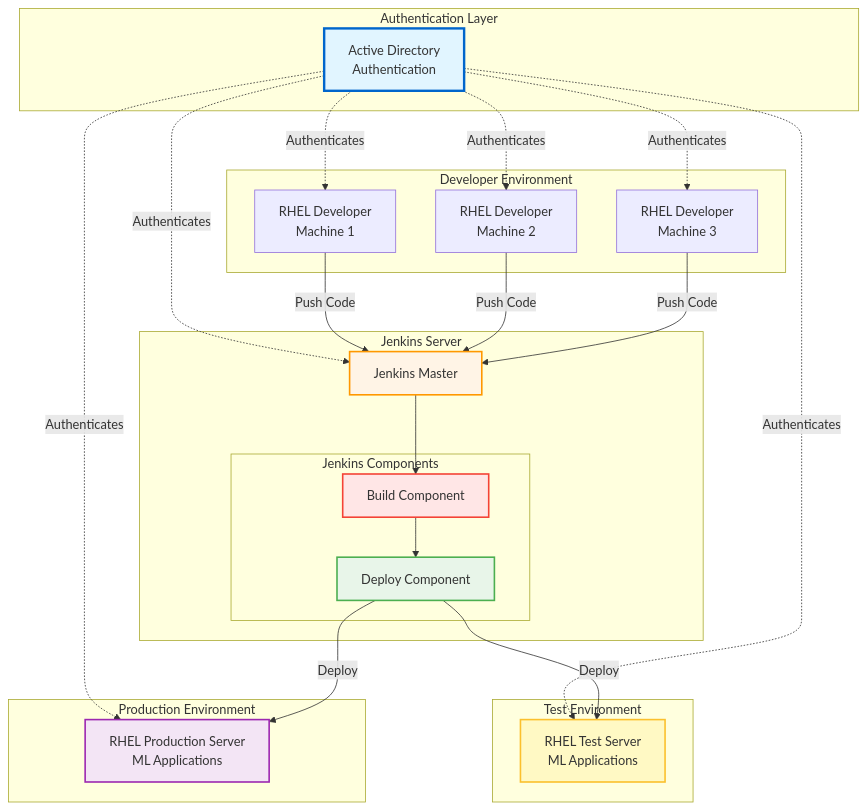
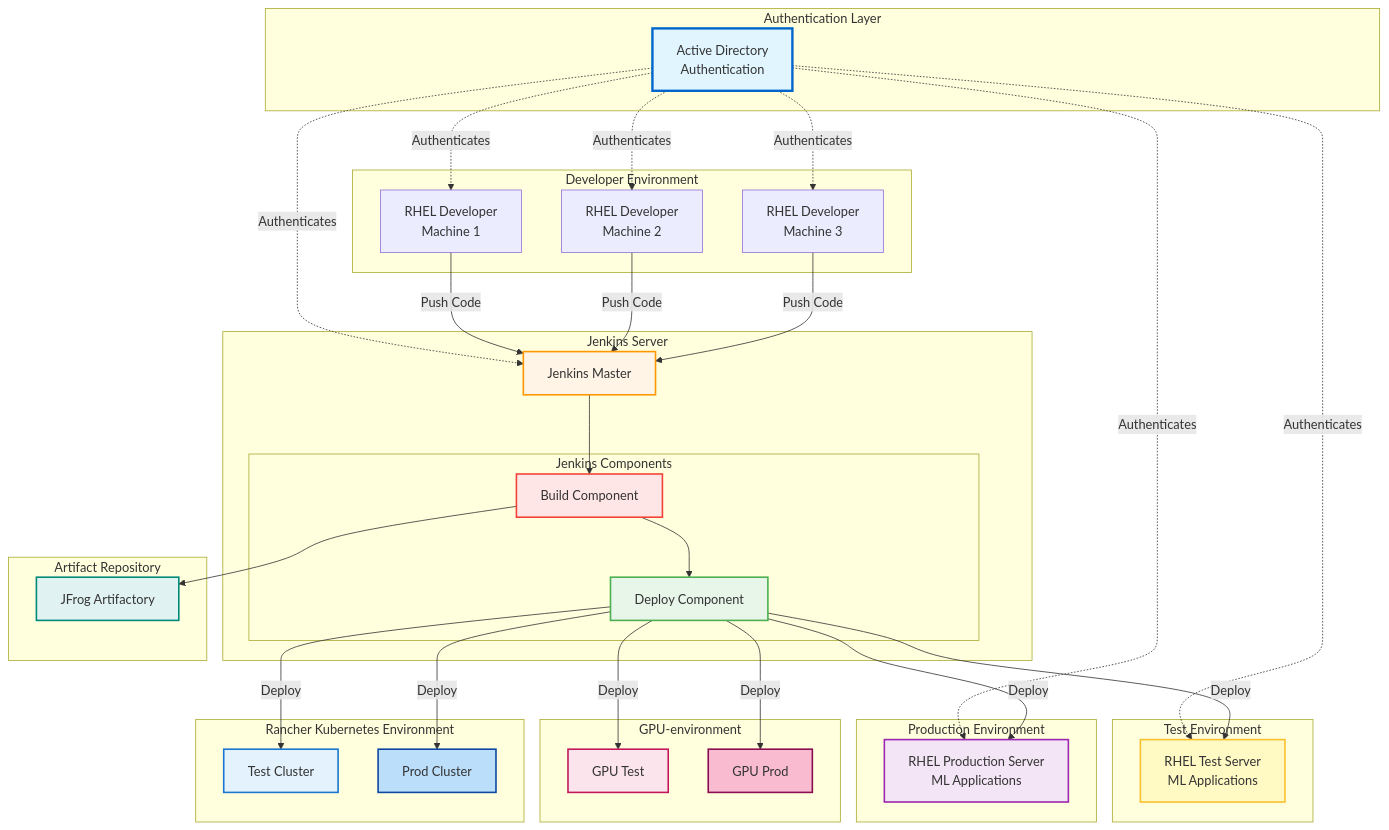
The first of 4 diagrams in README.md (tv2-mle/mlops-arkitektur), drawn with Mermaid before and after one commit. The commit also changed other lines of this file, not shown here.

Commit message:
Add JFrog Artifactory, GPU-environment, and Rancher Kubernetes to mermaid diagrams

````diff
--- a/README.md
+++ b/README.md
@@ -9,52 +9,76 @@
 ```mermaid
 graph TB
     subgraph "Authentication Layer"
         AD[Active Directory<br/>Authentication]
     end
     
     subgraph "Developer Environment"
         DEV1[RHEL Developer<br/>Machine 1]
         DEV2[RHEL Developer<br/>Machine 2]
         DEV3[RHEL Developer<br/>Machine 3]
     end
     
     subgraph "Jenkins Server"
         JENKINS[Jenkins Master]
         subgraph "Jenkins Components"
             BUILD[Build Component]
             DEPLOY[Deploy Component]
         end
     end
     
+    subgraph "Artifact Repository"
+        JFROG[JFrog Artifactory]
+    end
+    
     subgraph "Test Environment"
         TEST[RHEL Test Server<br/>ML Applications]
     end
     
     subgraph "Production Environment"
         PROD[RHEL Production Server<br/>ML Applications]
+    end
+    
+    subgraph "GPU-environment"
+        GPU_TEST[GPU Test]
+        GPU_PROD[GPU Prod]
+    end
+    
+    subgraph "Rancher Kubernetes Environment"
+        RANCHER_TEST[Test Cluster]
+        RANCHER_PROD[Prod Cluster]
     end
     
     AD -.->|Authenticates| DEV1
     AD -.->|Authenticates| DEV2
     AD -.->|Authenticates| DEV3
     AD -.->|Authenticates| JENKINS
     AD -.->|Authenticates| TEST
     AD -.->|Authenticates| PROD
     
     DEV1 -->|Push Code| JENKINS
     DEV2 -->|Push Code| JENKINS
     DEV3 -->|Push Code| JENKINS
     
     JENKINS --> BUILD
+    BUILD --> JFROG
     BUILD --> DEPLOY
     
     DEPLOY -->|Deploy| TEST
     DEPLOY -->|Deploy| PROD
+    DEPLOY -->|Deploy| GPU_TEST
+    DEPLOY -->|Deploy| GPU_PROD
+    DEPLOY -->|Deploy| RANCHER_TEST
+    DEPLOY -->|Deploy| RANCHER_PROD
     
     style AD fill:#e1f5ff,stroke:#0066cc,stroke-width:3px
     style JENKINS fill:#fff4e6,stroke:#ff9800,stroke-width:2px
     style BUILD fill:#ffe6e6,stroke:#f44336,stroke-width:2px
     style DEPLOY fill:#e8f5e9,stroke:#4caf50,stroke-width:2px
+    style JFROG fill:#e0f2f1,stroke:#00897b,stroke-width:2px
     style TEST fill:#fff9c4,stroke:#fbc02d,stroke-width:2px
     style PROD fill:#f3e5f5,stroke:#9c27b0,stroke-width:2px
+    style GPU_TEST fill:#fce4ec,stroke:#c2185b,stroke-width:2px
+    style GPU_PROD fill:#f8bbd0,stroke:#880e4f,stroke-width:2px
+    style RANCHER_TEST fill:#e3f2fd,stroke:#1976d2,stroke-width:2px
+    style RANCHER_PROD fill:#bbdefb,stroke:#0d47a1,stroke-width:2px
 ```
````
